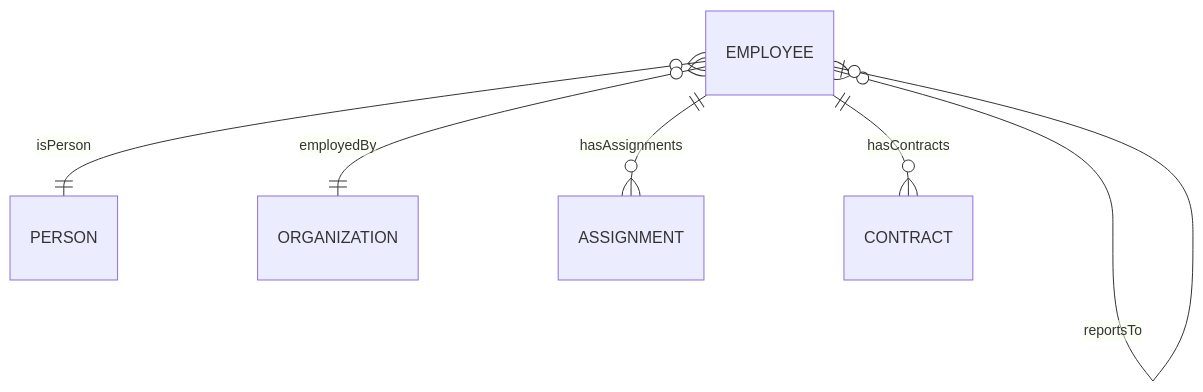
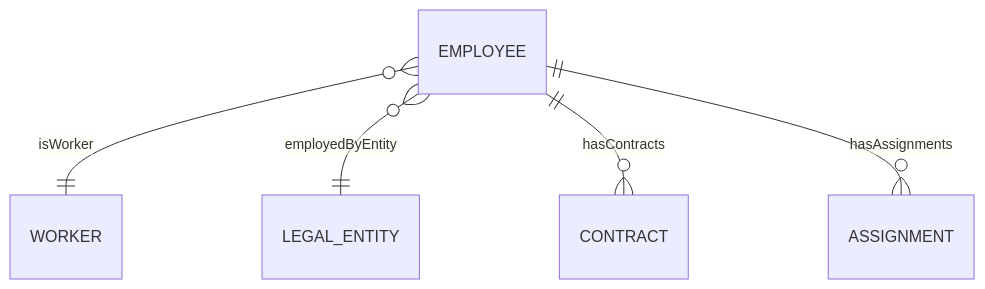
Before and after one commit to a4b-corporation/xTalent: the second of 3 diagrams in docs/Axiom-Codex/xTalent/CO/emp/employee.onto.md, drawn with Mermaid. The commit also changed other lines of this file, not shown here.

Commit message:
docs: sync from a4b-doc - update Axiom Codex - onto employee sample

````diff
--- a/docs/Axiom-Codex/xTalent/CO/emp/employee.onto.md
+++ b/docs/Axiom-Codex/xTalent/CO/emp/employee.onto.md
@@ -317,8 +253,7 @@
 ```mermaid
 erDiagram
-    EMPLOYEE }o--|| PERSON : "isPerson"
-    EMPLOYEE }o--|| ORGANIZATION : "employedBy"
+    EMPLOYEE }o--|| WORKER : "isWorker"
+    EMPLOYEE }o--|| LEGAL_ENTITY : "employedByEntity"
+    EMPLOYEE ||--o{ CONTRACT : "hasContracts"
     EMPLOYEE ||--o{ ASSIGNMENT : "hasAssignments"
-    EMPLOYEE ||--o{ CONTRACT : "hasContracts"
-    EMPLOYEE }o--o| EMPLOYEE : "reportsTo"
 ```
````
